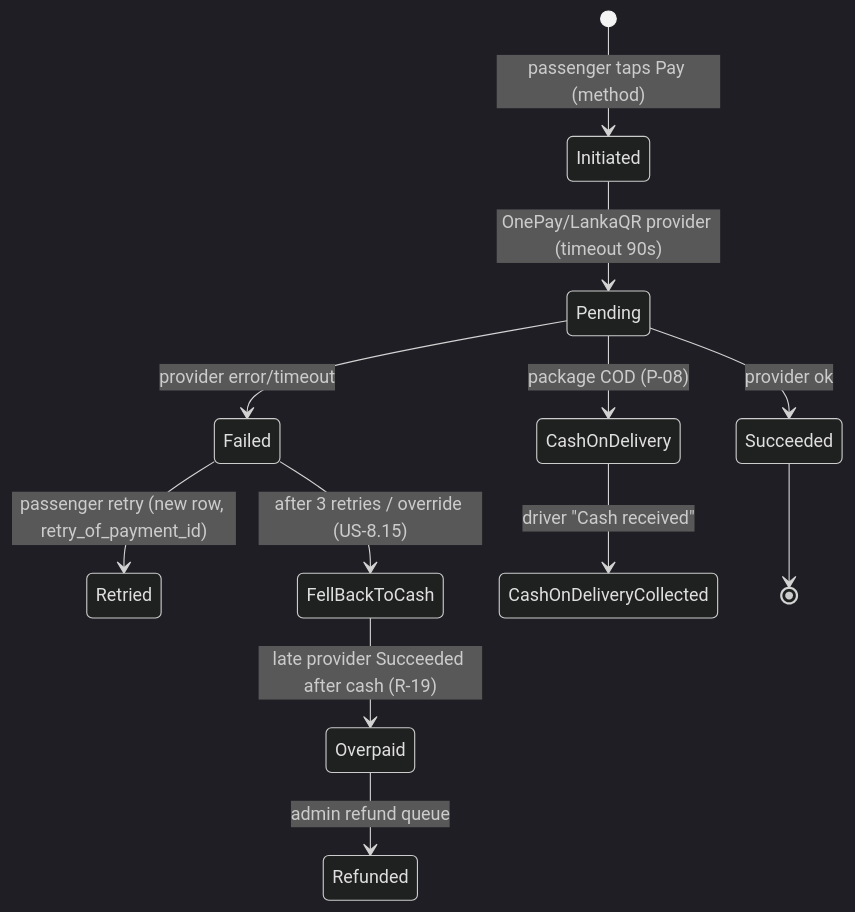
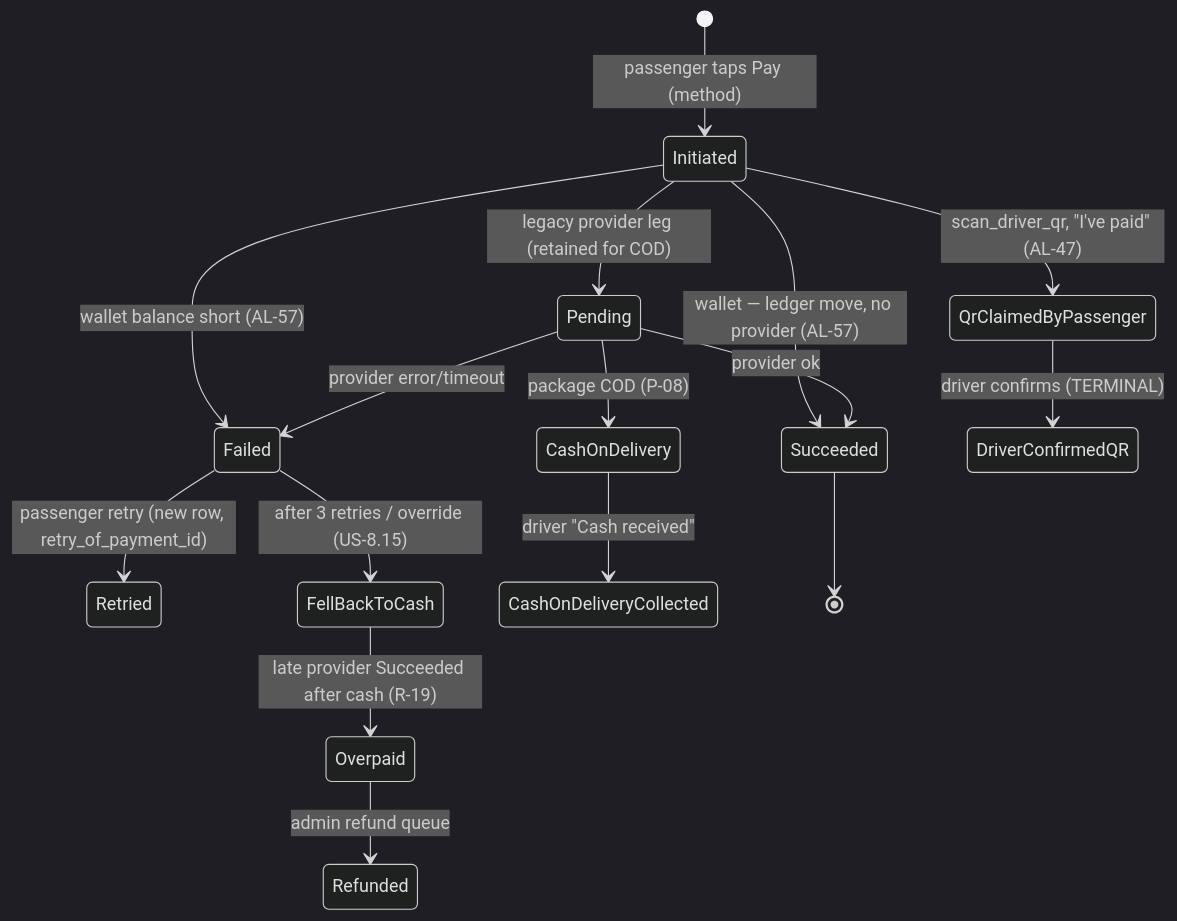
One commit to Ramitha-Silva/mageride changed the second of 2 diagrams in specs/D5_mageride_business_logic.md. Above: the diagram before and after it, drawn with Mermaid (dark theme). The commit also changed other lines of this file and 30 other files, not shown here.

````diff
--- a/specs/D5_mageride_business_logic.md
+++ b/specs/D5_mageride_business_logic.md
@@ -328,14 +328,18 @@
 ```mermaid
 stateDiagram-v2
   [*] --> Initiated: passenger taps Pay (method)
-  Initiated --> Pending: OnePay/LankaQR provider (timeout 90s)
+  Initiated --> Succeeded: wallet — ledger move, no provider (AL-57)
+  Initiated --> Failed: wallet balance short (AL-57)
+  Initiated --> Pending: legacy provider leg (retained for COD)
   Pending --> Succeeded: provider ok
   Pending --> Failed: provider error/timeout
   Failed --> Retried: passenger retry (new row, retry_of_payment_id)
   Failed --> FellBackToCash: after 3 retries / override (US-8.15)
   Pending --> CashOnDelivery: package COD (P-08)
   CashOnDelivery --> CashOnDeliveryCollected: driver "Cash received"
+  Initiated --> QrClaimedByPassenger: scan_driver_qr, "I've paid" (AL-47)
+  QrClaimedByPassenger --> DriverConfirmedQR: driver confirms (TERMINAL)
   Succeeded --> [*]
   FellBackToCash --> Overpaid: late provider Succeeded after cash (R-19)
   Overpaid --> Refunded: admin refund queue
 ```
````
